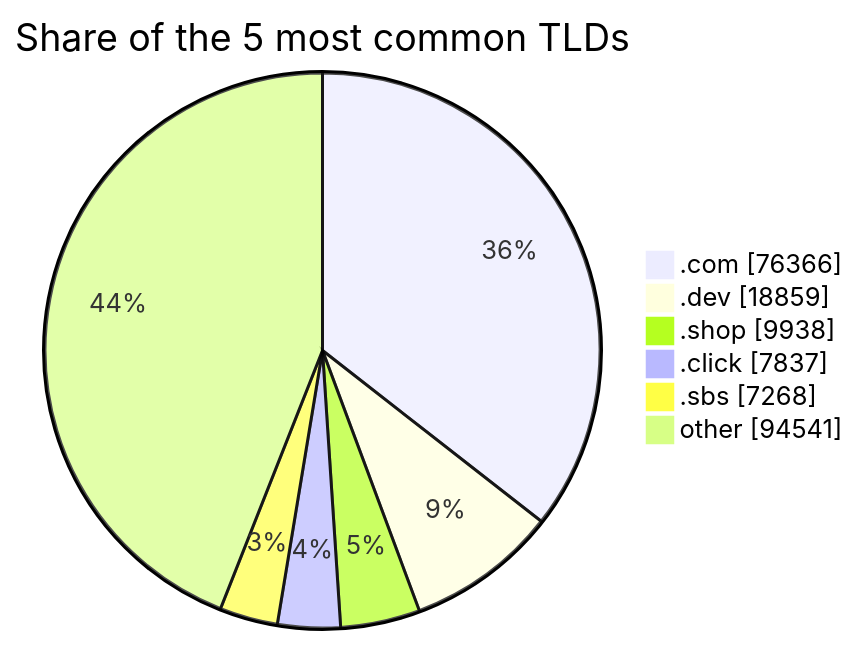
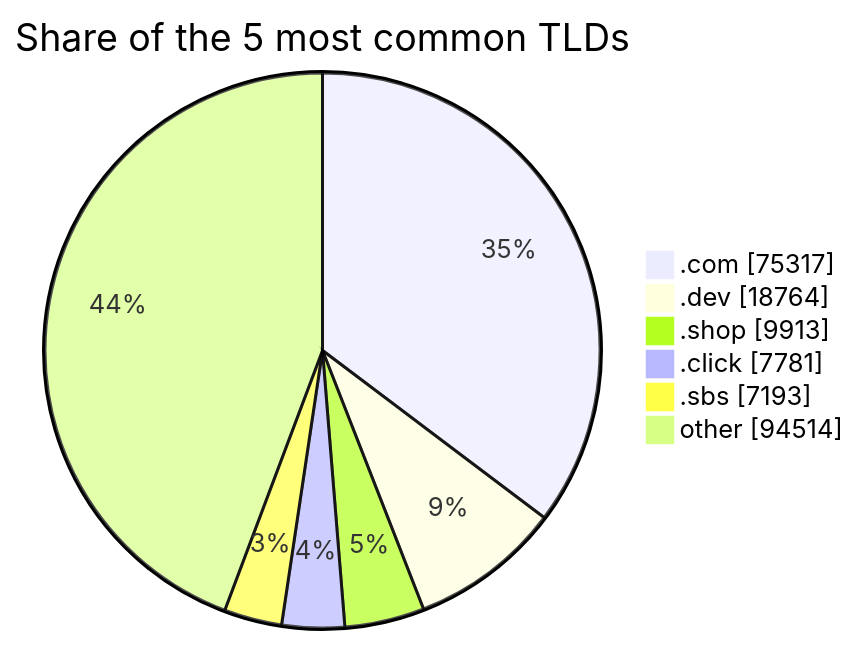
The third of 3 diagrams in README.md (DNSBunker/CTI), drawn with Mermaid before and after one commit. The commit also changed other lines of this file and 3 other files, not shown here.

````diff
--- a/README.md
+++ b/README.md
@@ -81,9 +81,9 @@
 ```mermaid
 pie showData title Share of the 5 most common TLDs
-    ".com" : 76366
-    ".dev" : 18859
-    ".shop" : 9938
-    ".click" : 7837
-    ".sbs" : 7268
-    "other" : 94541
+    ".com" : 75317
+    ".dev" : 18764
+    ".shop" : 9913
+    ".click" : 7781
+    ".sbs" : 7193
+    "other" : 94514
 ```
````
